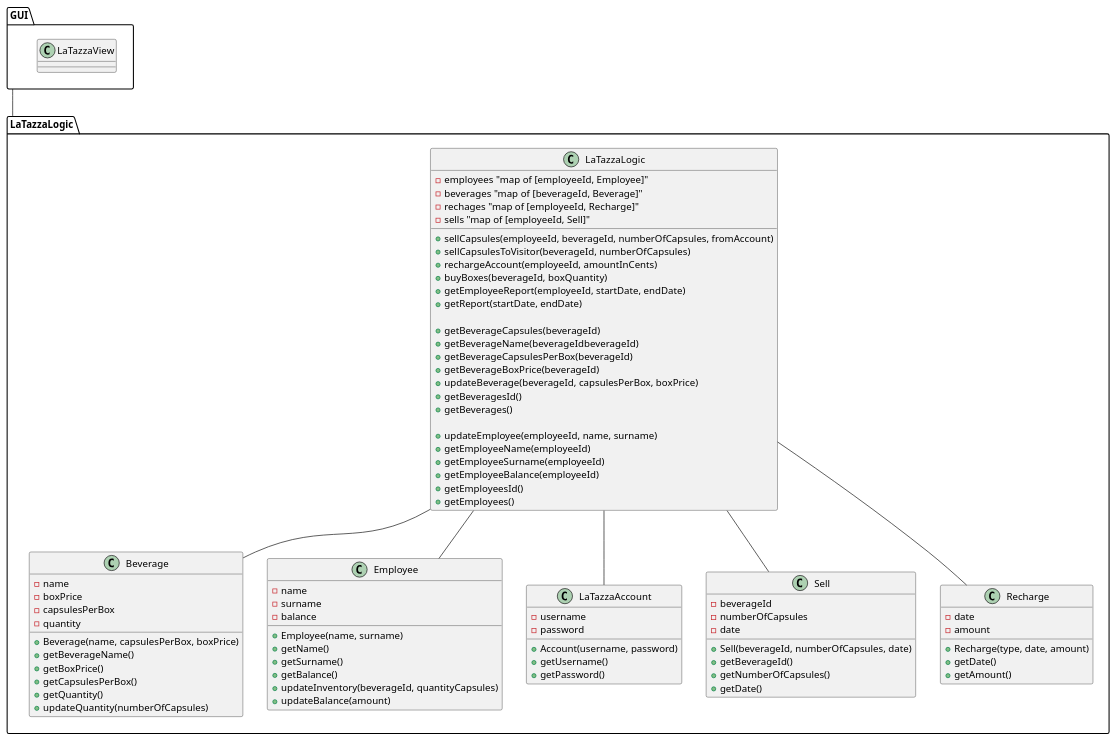
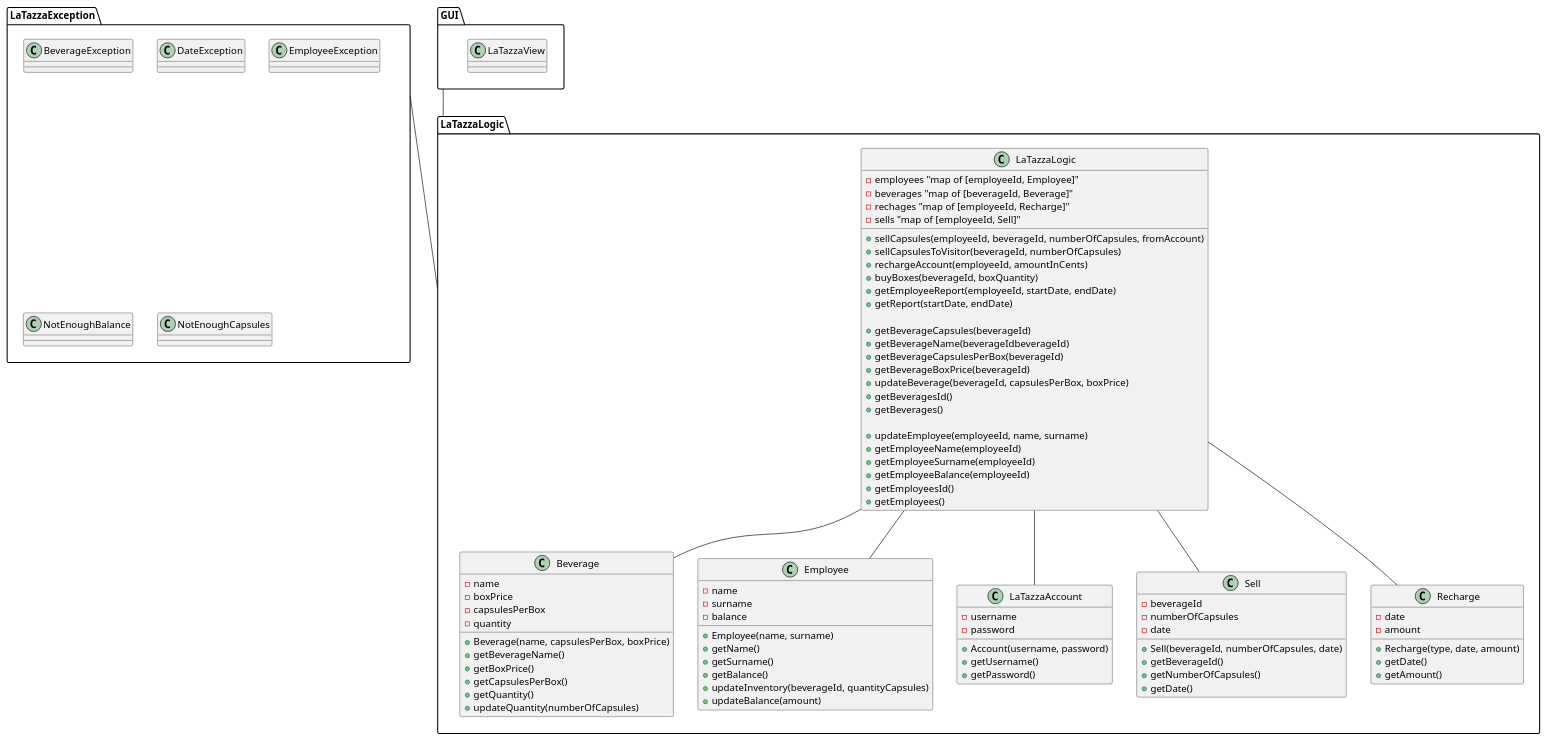
One commit to SimoneDutto/LaTazza changed the second of 3 diagrams in templates/DesignDocumentTemplate.md. Above: the diagram before and after it, drawn with PlantUML. The commit also changed other lines of this file, not shown here.

Commit message:
Add exceptions

````diff
--- a/templates/DesignDocumentTemplate.md
+++ b/templates/DesignDocumentTemplate.md
@@ -37,4 +38,12 @@
 ```plantuml
+
+package LaTazzaException{
+ class BeverageException 
+ class DateException 
+ class EmployeeException 
+ class NotEnoughBalance 
+ class NotEnoughCapsules 
+}
 
 package LaTazzaLogic{
 class LaTazzaLogic {
@@ -134,7 +143,7 @@
 }
 
 GUI -- LaTazzaLogic
-
+LaTazzaException -- LaTazzaLogic
 
 
 
````
